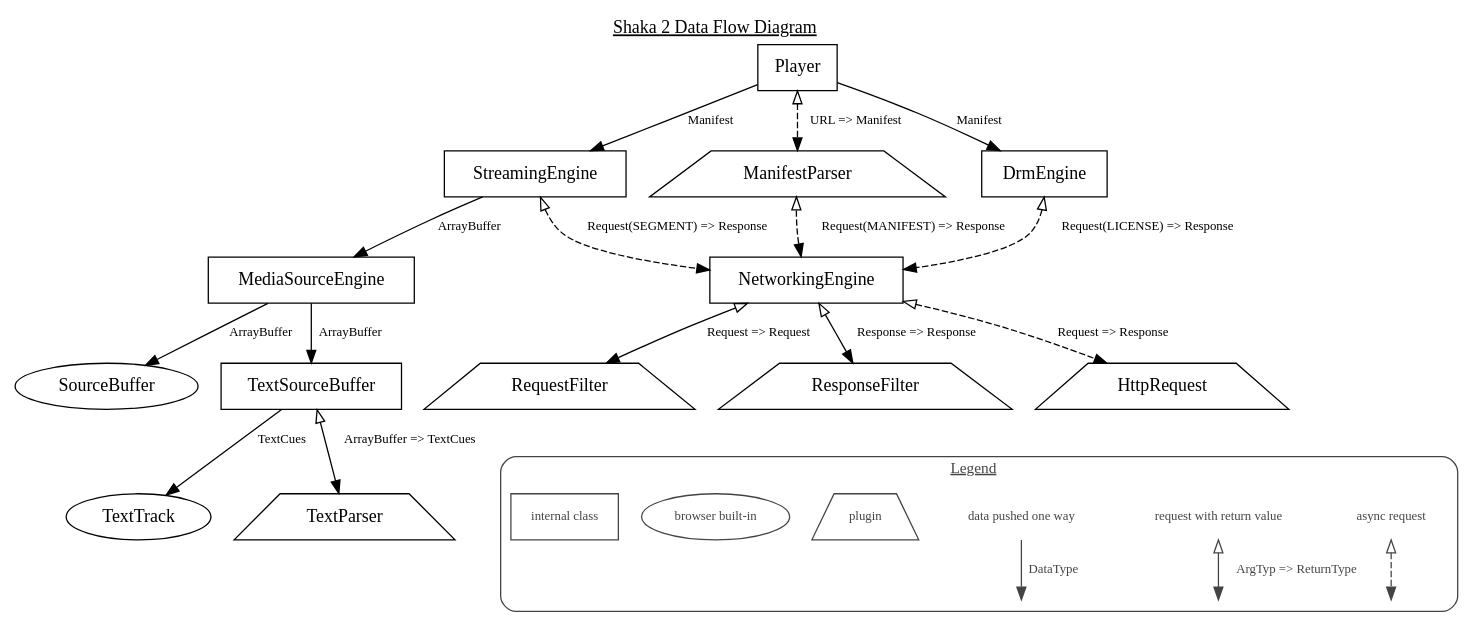
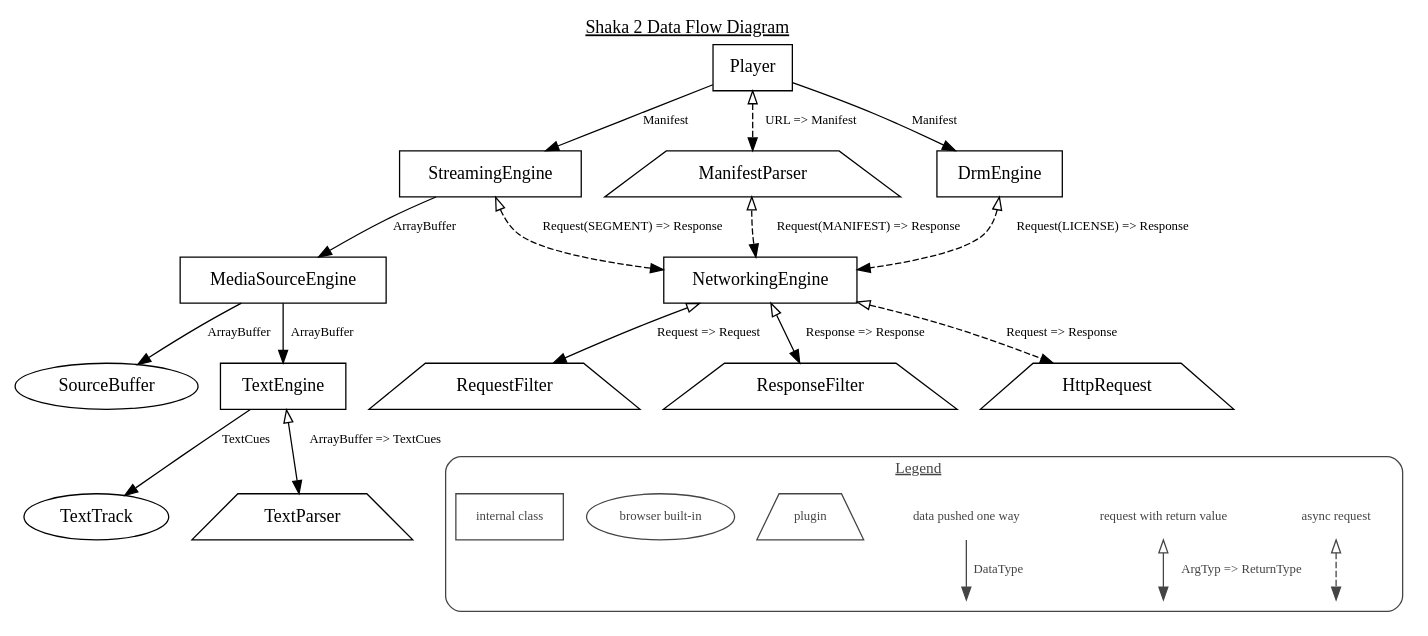
One commit to shaka-project/shaka-player changed the diagram in docs/design/dataflow.gv. Above: the diagram before and after it, drawn with Graphviz. The commit also changed 13 other files, not shown here.

First line of the commit message:
Convert TextSourceBuffer to TextEngine

```diff
--- a/docs/design/dataflow.gv
+++ b/docs/design/dataflow.gv
@@ -1,58 +1,58 @@
 digraph shaka2_data {
   label=<<u>Shaka 2 Data Flow Diagram</u>>
   labelloc=t
   node [ shape=rectangle ]
   edge [ fontsize=10 ]
 
   SourceBuffer [ shape=oval ]
   TextTrack [ shape=oval ]
 
   ManifestParser [ shape=trapezium ]
   TextParser [ shape=trapezium ]
   RequestFilter [ shape=trapezium ]
   ResponseFilter [ shape=trapezium ]
   HttpRequest [ shape=trapezium ]
 
   Player -> ManifestParser [ label="URL => Manifest" dir=both arrowtail=onormal style=dashed ]
   Player -> StreamingEngine [ label=Manifest ]
   Player -> DrmEngine [ label=Manifest ]
 
   ManifestParser -> NetworkingEngine [ label="Request(MANIFEST) => Response" dir=both arrowtail=onormal style=dashed ]
   StreamingEngine -> NetworkingEngine [ label="Request(SEGMENT) => Response" dir=both arrowtail=onormal style=dashed ]
   DrmEngine -> NetworkingEngine [ label="Request(LICENSE) => Response" dir=both arrowtail=onormal style=dashed ]
 
   StreamingEngine -> MediaSourceEngine [ label="ArrayBuffer" ]
   MediaSourceEngine -> SourceBuffer [ label="ArrayBuffer" ]
-  MediaSourceEngine -> TextSourceBuffer [ label="ArrayBuffer" ]
-  TextSourceBuffer -> TextParser [ label="ArrayBuffer => TextCues" dir=both arrowtail=onormal ]
-  TextSourceBuffer -> TextTrack [ label="TextCues" ]
+  MediaSourceEngine -> TextEngine [ label="ArrayBuffer" ]
+  TextEngine -> TextParser [ label="ArrayBuffer => TextCues" dir=both arrowtail=onormal ]
+  TextEngine -> TextTrack [ label="TextCues" ]
 
   NetworkingEngine -> RequestFilter [ label="Request => Request" dir=both arrowtail=onormal ]
   NetworkingEngine -> ResponseFilter [ label="Response => Response" dir=both arrowtail=onormal ]
   NetworkingEngine -> HttpRequest [ label="Request => Response" dir=both arrowtail=onormal style=dashed ]
 
   subgraph cluster_legend {
     style=rounded
     color="#444444"
     label=<<u>Legend</u>>
     fontsize=12
     fontcolor="#444444"
 
     node [ shape=plaintext color="#444444" fontsize=10 fontcolor="#444444" ]
     edge [ color="#444444" fontcolor="#444444" ]
 
     blank1 [ label="" fixedsize=true height=0 ]
     blank2 [ label="" fixedsize=true height=0 ]
     blank3 [ label="" fixedsize=true height=0 ]
     "async request" -> blank3 [ dir=both arrowtail=onormal style=dashed ]
     "request with return value" -> blank2 [ dir=both arrowtail=onormal label="ArgTyp => ReturnType" ]
     "data pushed one way" -> blank1 [ label="DataType" ]
 
     plugin [ shape=trapezium ]
     "browser built-in" [ shape=oval ]
     "internal class" [ shape=rectangle ]
   }
 
   # Hack to move the legend beneath the main graph:
   ResponseFilter -> plugin [ style=invisible arrowhead=none ]
 }
```
